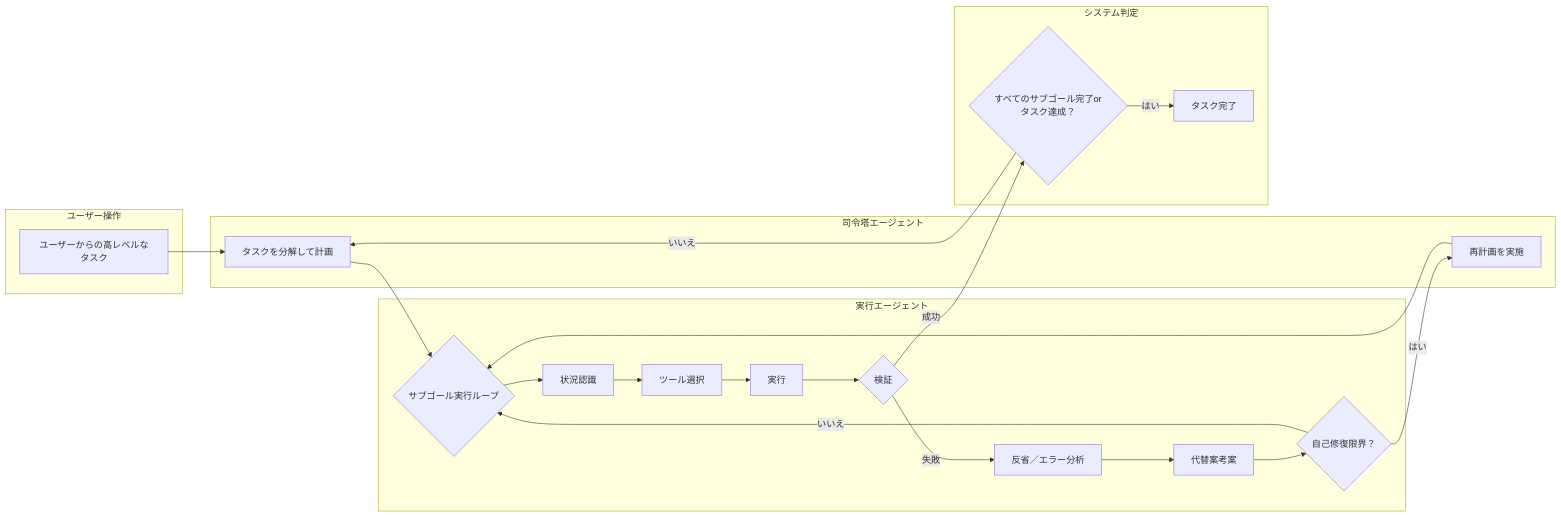
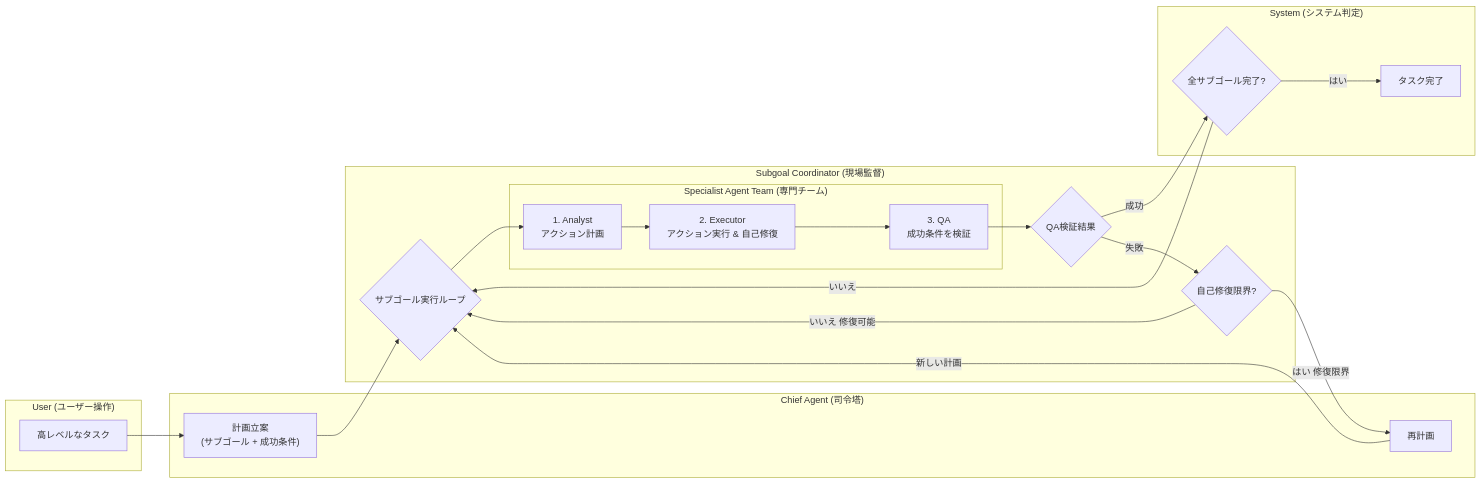
Before and after one commit to sella-roum/stagehand-agent-console: the diagram in README.md, drawn with Mermaid. The commit also changed other lines of this file, not shown here.

````diff
--- a/README.md
+++ b/README.md
@@ -42,45 +46,37 @@
 ```mermaid
 flowchart LR
-  subgraph User [ユーザー操作]
-    A[ユーザーからの高レベルなタスク]
+  subgraph User ["User (ユーザー操作)"]
+    A[高レベルなタスク]
   end
-
-  subgraph Chief [司令塔エージェント]
-    B[タスクを分解して計画]
-    B_replan[再計画を実施]
+  subgraph Chief ["Chief Agent (司令塔)"]
+    B["計画立案<br/>(サブゴール + 成功条件)"]
+    B_replan[再計画]
   end
-
-  subgraph Task [実行エージェント]
+  subgraph Coordinator ["Subgoal Coordinator (現場監督)"]
     C{サブゴール実行ループ}
-    D[状況認識]
-    E[ツール選択]
-    F[実行]
-    G{検証}
-    H[反省／エラー分析]
-    I[代替案考案]
-    I_fail{自己修復限界？}
+    subgraph Team ["Specialist Agent Team (専門チーム)"]
+        D["1. Analyst<br/>アクション計画"]
+        E["2. Executor<br/>アクション実行 & 自己修復"]
+        F["3. QA<br/>成功条件を検証"]
+    end
+    G{QA検証結果}
+    H{自己修復限界?}
   end
-
-  subgraph System [システム判定]
-    J{すべてのサブゴール完了orタスク達成？}
-    K[タスク完了]
+  subgraph System ["System (システム判定)"]
+    I{全サブゴール完了?}
+    J[タスク完了]
   end
-
   A --> B
   B --> C
   C --> D
   D --> E
   E --> F
   F --> G
-
-  G -->|成功| J
+  G -->|成功| I
   G -->|失敗| H
-  H --> I
-  I --> I_fail
-  I_fail -->|いいえ| C
-  I_fail -->|はい| B_replan
-  B_replan --> C
-
-  J -->|いいえ| B
-  J -->|はい| K
+  H -->|いいえ 修復可能| C
+  H -->|はい 修復限界| B_replan
+  B_replan -->|新しい計画| C
+  I -->|いいえ| C
+  I -->|はい| J
 ```
````
